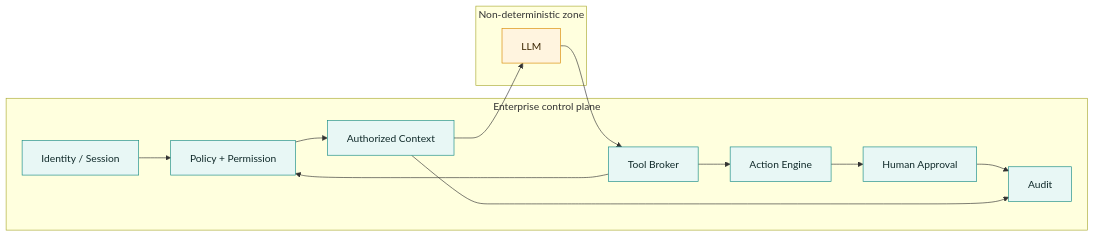
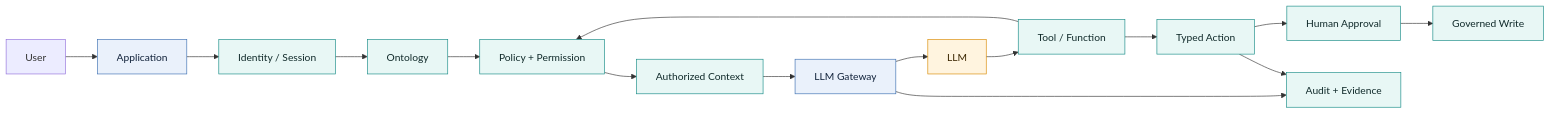
One commit to Solomon-Platform/.github changed the sixth of 27 diagrams in profile/README.md. Above: the diagram before and after it, drawn with Mermaid. The commit also changed other lines of this file, not shown here.

First line of the commit message:
docs: translate full Palantir security architecture analysis into the profile README (#2)

````diff
--- a/profile/README.md
+++ b/profile/README.md
@@ -170,25 +188,24 @@
 ```mermaid
 flowchart LR
-    subgraph Trusted["Enterprise control plane"]
-        ID["Identity / Session"]
-        POL["Policy + Permission"]
-        CTX["Authorized Context"]
-        TOOL["Tool Broker"]
-        ACT["Action Engine"]
-        HITL["Human Approval"]
-        AUD["Audit"]
-    end
-    subgraph NonDet["Non-deterministic zone"]
-        LLM["LLM"]
-    end
-
-    ID --> POL --> CTX --> LLM
-    LLM --> TOOL --> POL
-    TOOL --> ACT --> HITL --> AUD
-    CTX --> AUD
+    U["User"] --> APP["Application"]
+    APP --> IAM["Identity / Session"]
+    IAM --> ONT["Ontology"]
+    ONT --> POL["Policy + Permission"]
+    POL --> CTX["Authorized Context"]
+    CTX --> GW["LLM Gateway"]
+    GW --> MODEL["LLM"]
+    MODEL --> TOOL["Tool / Function"]
+    TOOL --> POL
+    TOOL --> ACT["Typed Action"]
+    ACT --> HITL["Human Approval"]
+    HITL --> WRITE["Governed Write"]
+    GW --> AUDIT["Audit + Evidence"]
+    ACT --> AUDIT
 
     classDef trusted fill:#e8f7f5,stroke:#168b86,color:#102a2a;
     classDef model fill:#fff4df,stroke:#d88a00,color:#3b2600;
-    class ID,POL,CTX,TOOL,ACT,HITL,AUD trusted;
-    class LLM model;
+    classDef control fill:#eaf1fb,stroke:#3d70b2,color:#12233b;
+    class IAM,ONT,POL,CTX,TOOL,ACT,HITL,WRITE,AUDIT trusted;
+    class MODEL model;
+    class APP,GW control;
 ```
````
